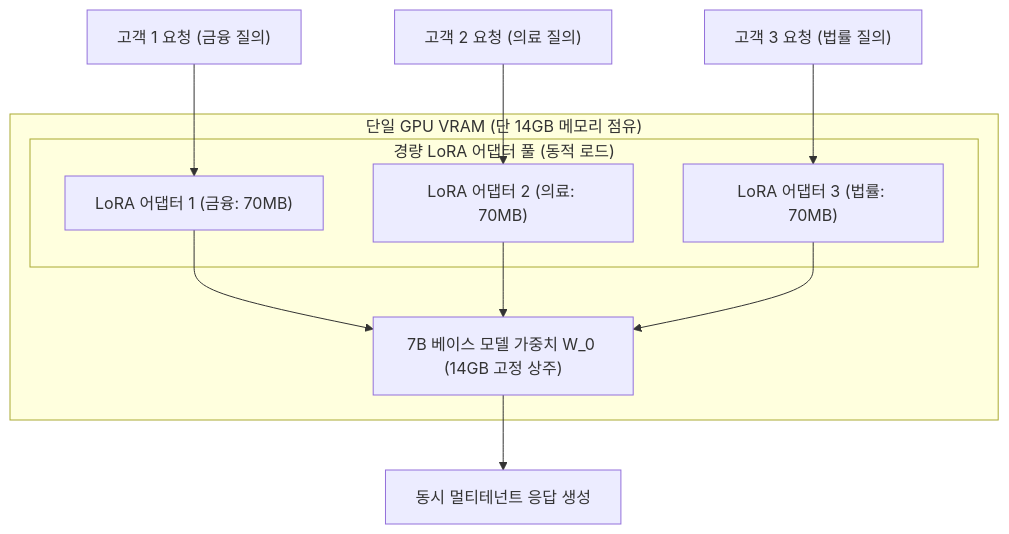
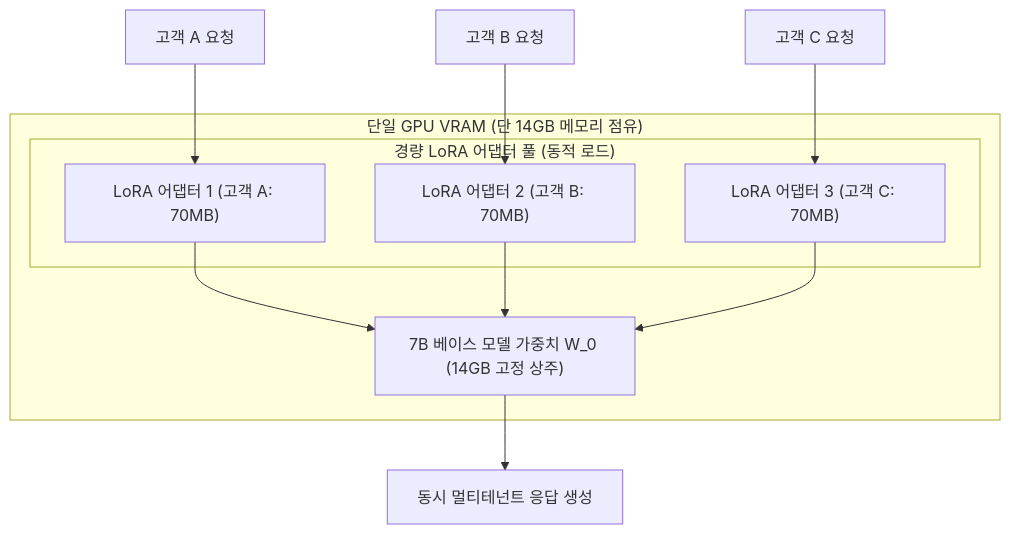
Before and after one commit to sing-u8/AI-Engineering: the third of 4 diagrams in chapter-qa/ch07-fine-tuning-qa/03-peft-lora-and-qlora.md, drawn with Mermaid. The commit also changed other lines of this file, not shown here.

````diff
--- a/chapter-qa/ch07-fine-tuning-qa/03-peft-lora-and-qlora.md
+++ b/chapter-qa/ch07-fine-tuning-qa/03-peft-lora-and-qlora.md
@@ -161,19 +180,19 @@
 ```mermaid
 flowchart TD
     subgraph GPU["단일 GPU VRAM (단 14GB 메모리 점유)"]
         Base["7B 베이스 모델 가중치 W_0 (14GB 고정 상주)"]
         
         subgraph HotSwap["경량 LoRA 어댑터 풀 (동적 로드)"]
-            A1["LoRA 어댑터 1 (금융: 70MB)"]
-            A2["LoRA 어댑터 2 (의료: 70MB)"]
-            A3["LoRA 어댑터 3 (법률: 70MB)"]
+            A1["LoRA 어댑터 1 (고객 A: 70MB)"]
+            A2["LoRA 어댑터 2 (고객 B: 70MB)"]
+            A3["LoRA 어댑터 3 (고객 C: 70MB)"]
         end
     end
 
-    Req1["고객 1 요청 (금융 질의)"] --> A1
-    Req2["고객 2 요청 (의료 질의)"] --> A2
-    Req3["고객 3 요청 (법률 질의)"] --> A3
+    Req1["고객 A 요청"] --> A1
+    Req2["고객 B 요청"] --> A2
+    Req3["고객 C 요청"] --> A3
     
     A1 & A2 & A3 --> Base
     Base --> Resp["동시 멀티테넌트 응답 생성"]
 ```
````
